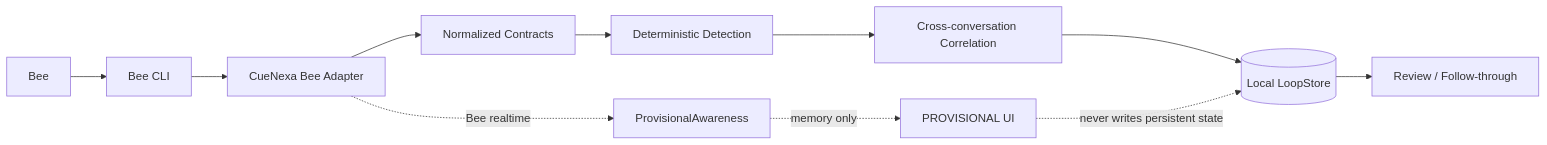
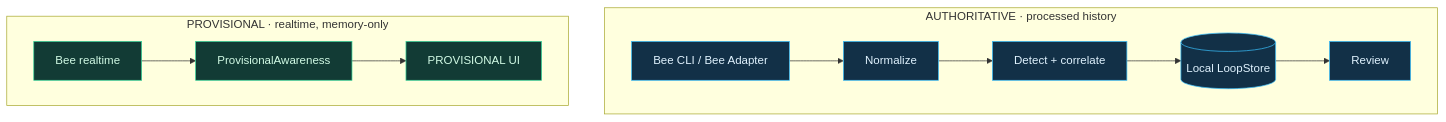
Before and after one commit to mrdzyn/cuenexa-loop: the diagram in README.md, drawn with Mermaid. The commit also changed other lines of this file, not shown here.

Commit message:
docs: sharpen judge journey, correct authority diagram, and clarify Electron QA

````diff
--- a/README.md
+++ b/README.md
@@ -68,14 +82,15 @@
 ```mermaid
-flowchart LR
-    A[Bee] --> B[Bee CLI]
-    B --> C[CueNexa Bee Adapter]
-    C --> D[Normalized Contracts]
-    D --> E[Deterministic Detection]
-    E --> F[Cross-conversation Correlation]
-    F --> G[(Local LoopStore)]
-    G --> H[Review / Follow-through]
-
-    C -. Bee realtime .-> P[ProvisionalAwareness]
-    P -. memory only .-> Q[PROVISIONAL UI]
-    Q -. never writes persistent state .-> G
+flowchart TB
+    subgraph A["AUTHORITATIVE · processed history"]
+      direction LR
+      B["Bee CLI / Bee Adapter"] --> C["Normalize"] --> D["Detect + correlate"] --> E[("Local LoopStore")] --> F["Review"]
+    end
+    subgraph R["PROVISIONAL · realtime, memory-only"]
+      direction LR
+      G["Bee realtime"] --> H["ProvisionalAwareness"] --> I["PROVISIONAL UI"]
+    end
+    classDef history fill:#123047,stroke:#38bdf8,color:#e0f2fe;
+    classDef temporary fill:#123b35,stroke:#34d399,color:#d1fae5;
+    class B,C,D,E,F history;
+    class G,H,I temporary;
 ```
````
